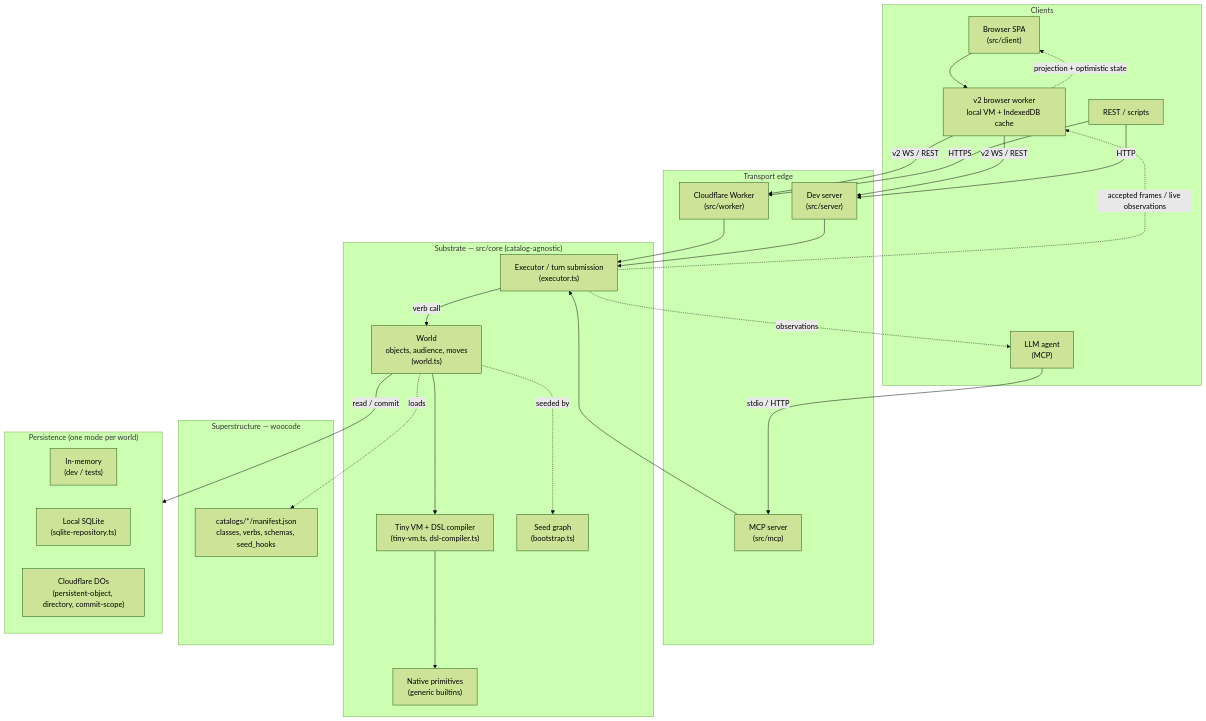
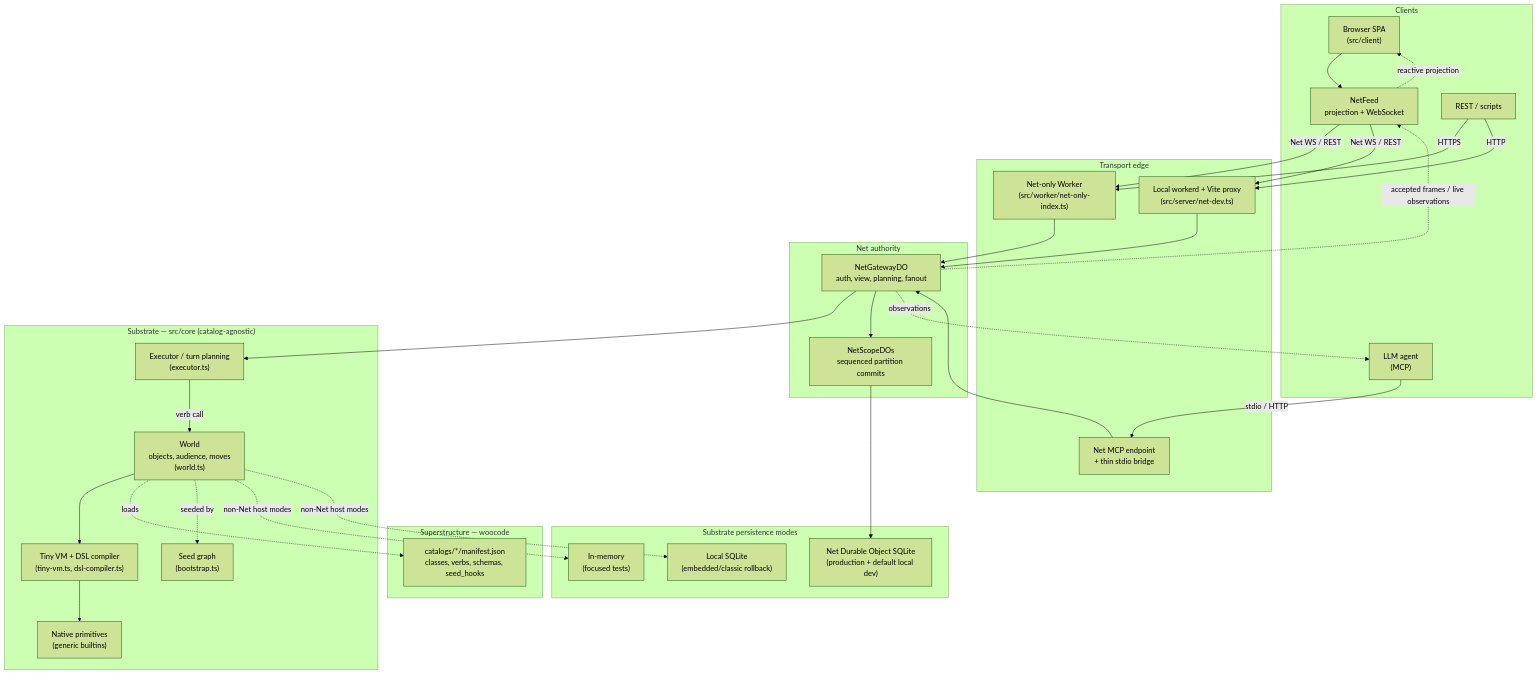
Before and after one commit to generalbusiness-ai/woah: the diagram in docs/architecture.md, drawn with Mermaid (forest theme). The commit also changed other lines of this file and 26 other files, not shown here.

First line of the commit message:
Make local development Net-first

````diff
--- a/docs/architecture.md
+++ b/docs/architecture.md
@@ -8,55 +6,64 @@
 ```mermaid
 flowchart TD
     subgraph Clients
         Browser["Browser SPA<br/>(src/client)"]
-        BrowserWorker["v2 browser worker<br/>local VM + IndexedDB cache"]
+        Feed["NetFeed<br/>projection + WebSocket"]
         Agent["LLM agent<br/>(MCP)"]
         Curl["REST / scripts"]
     end
 
     subgraph Edge["Transport edge"]
-        Worker["Cloudflare Worker<br/>(src/worker)"]
-        Dev["Dev server<br/>(src/server)"]
-        MCP["MCP server<br/>(src/mcp)"]
+        Worker["Net-only Worker<br/>(src/worker/net-only-index.ts)"]
+        Dev["Local workerd + Vite proxy<br/>(src/server/net-dev.ts)"]
+        MCP["Net MCP endpoint<br/>+ thin stdio bridge"]
+    end
+
+    subgraph Net["Net authority"]
+        NG["NetGatewayDO<br/>auth, view, planning, fanout"]
+        NS["NetScopeDOs<br/>sequenced partition commits"]
     end
 
     subgraph Core["Substrate — src/core (catalog-agnostic)"]
-        Gateway["Executor / turn submission<br/>(executor.ts)"]
+        Gateway["Executor / turn planning<br/>(executor.ts)"]
         World["World<br/>objects, audience, moves<br/>(world.ts)"]
         VM["Tiny VM + DSL compiler<br/>(tiny-vm.ts, dsl-compiler.ts)"]
         Builtins["Native primitives<br/>(generic builtins)"]
         Seed["Seed graph<br/>(bootstrap.ts)"]
     end
 
     subgraph Wood["Superstructure — woocode"]
         Cats["catalogs/*/manifest.json<br/>classes, verbs, schemas, seed_hooks"]
     end
 
-    subgraph Store["Persistence (one mode per world)"]
-        InMem["In-memory<br/>(dev / tests)"]
-        SQL["Local SQLite<br/>(sqlite-repository.ts)"]
-        DO["Cloudflare DOs<br/>(persistent-object, directory, commit-scope)"]
+    subgraph Store["Substrate persistence modes"]
+        InMem["In-memory<br/>(focused tests)"]
+        SQL["Local SQLite<br/>(embedded/classic rollback)"]
+        DO["Net Durable Object SQLite<br/>(production + default local dev)"]
     end
 
-    Browser --> BrowserWorker
-    BrowserWorker -->|v2 WS / REST| Worker
-    BrowserWorker -->|v2 WS / REST| Dev
+    Browser --> Feed
+    Feed -->|Net WS / REST| Worker
+    Feed -->|Net WS / REST| Dev
     Agent -->|stdio / HTTP| MCP
     Curl -->|HTTPS| Worker
     Curl -->|HTTP| Dev
 
-    Worker --> Gateway
-    Dev --> Gateway
-    MCP --> Gateway
+    Worker --> NG
+    Dev --> NG
+    MCP --> NG
+    NG --> Gateway
+    NG --> NS
+    NS --> DO
 
     Gateway -->|verb call| World
     World --> VM
     VM --> Builtins
     World -. loads .-> Cats
     World -. seeded by .-> Seed
-    World -->|read / commit| Store
+    World -. "non-Net host modes" .-> InMem
+    World -. "non-Net host modes" .-> SQL
 
-    Gateway -. "accepted frames / live observations" .-> BrowserWorker
-    BrowserWorker -. "projection + optimistic state" .-> Browser
-    Gateway -. observations .-> Agent
+    NG -. "accepted frames / live observations" .-> Feed
+    Feed -. "reactive projection" .-> Browser
+    NG -. observations .-> Agent
 ```
````
